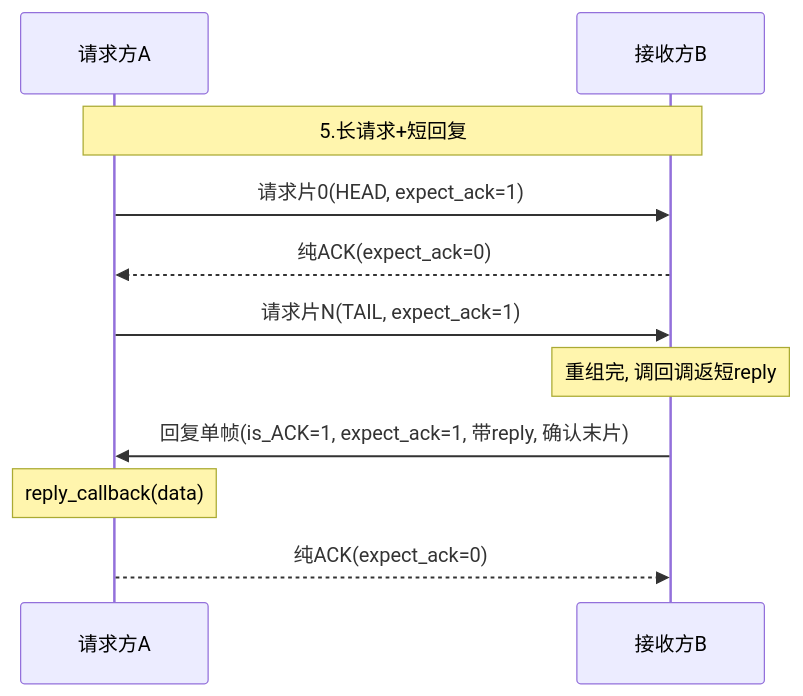
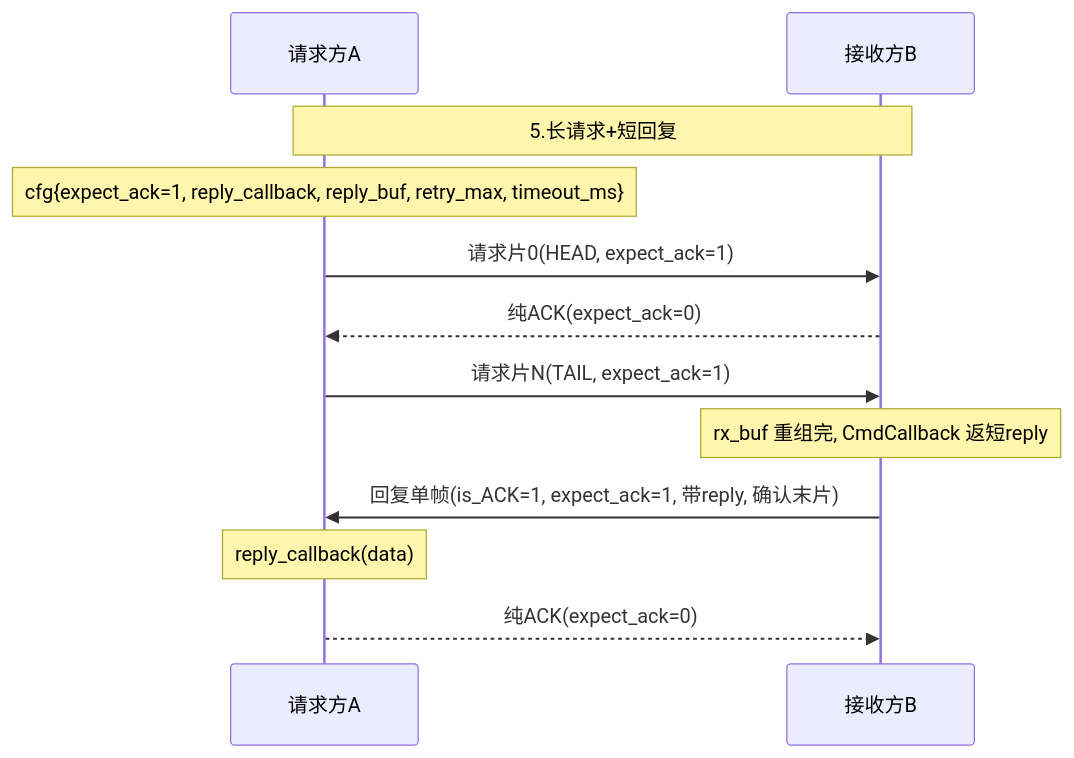
One commit to Siaiai/ObsidianNote changed the fifth of 14 diagrams in 工作/项目/代码/260401S3分拣面板-SIA-R9000P.md. Above: the diagram before and after it, drawn with Mermaid. The commit also changed other lines of this file and 1 other file, not shown here.

````diff
--- a/工作/项目/代码/260401S3分拣面板-SIA-R9000P.md
+++ b/工作/项目/代码/260401S3分拣面板-SIA-R9000P.md
@@ -142,13 +160,14 @@
 ```mermaid
 sequenceDiagram
     participant A as 请求方A
     participant B as 接收方B
     Note over A,B: 5.长请求+短回复
+    Note over A: cfg{expect_ack=1, reply_callback, reply_buf, retry_max, timeout_ms}
     A->>B: 请求片0(HEAD, expect_ack=1)
     B-->>A: 纯ACK(expect_ack=0)
     A->>B: 请求片N(TAIL, expect_ack=1)
-    Note over B: 重组完, 调回调返短reply
+    Note over B: rx_buf 重组完, CmdCallback 返短reply
     B->>A: 回复单帧(is_ACK=1, expect_ack=1, 带reply, 确认末片)
     Note over A: reply_callback(data)
     A-->>B: 纯ACK(expect_ack=0)
 ```
````
